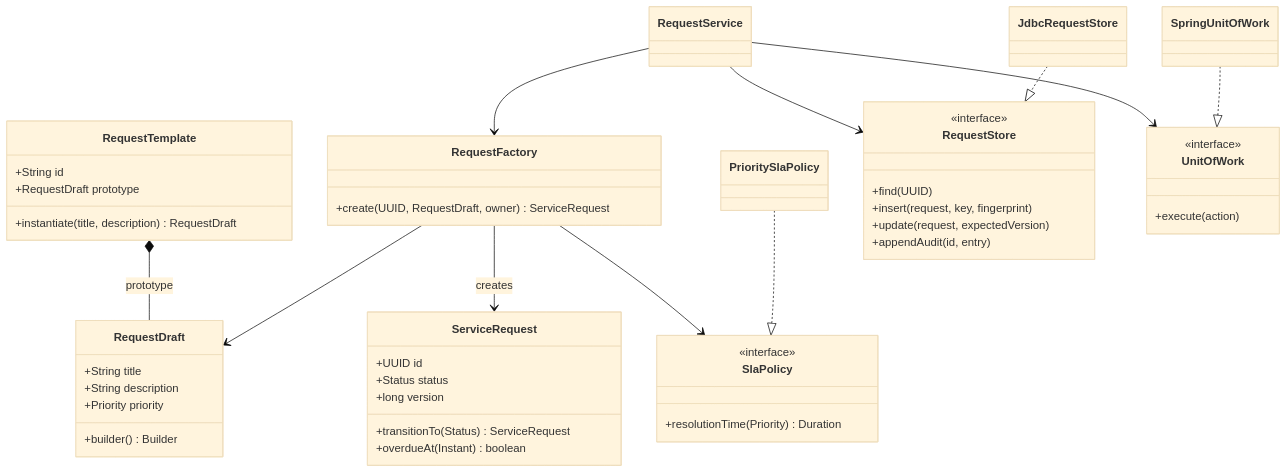
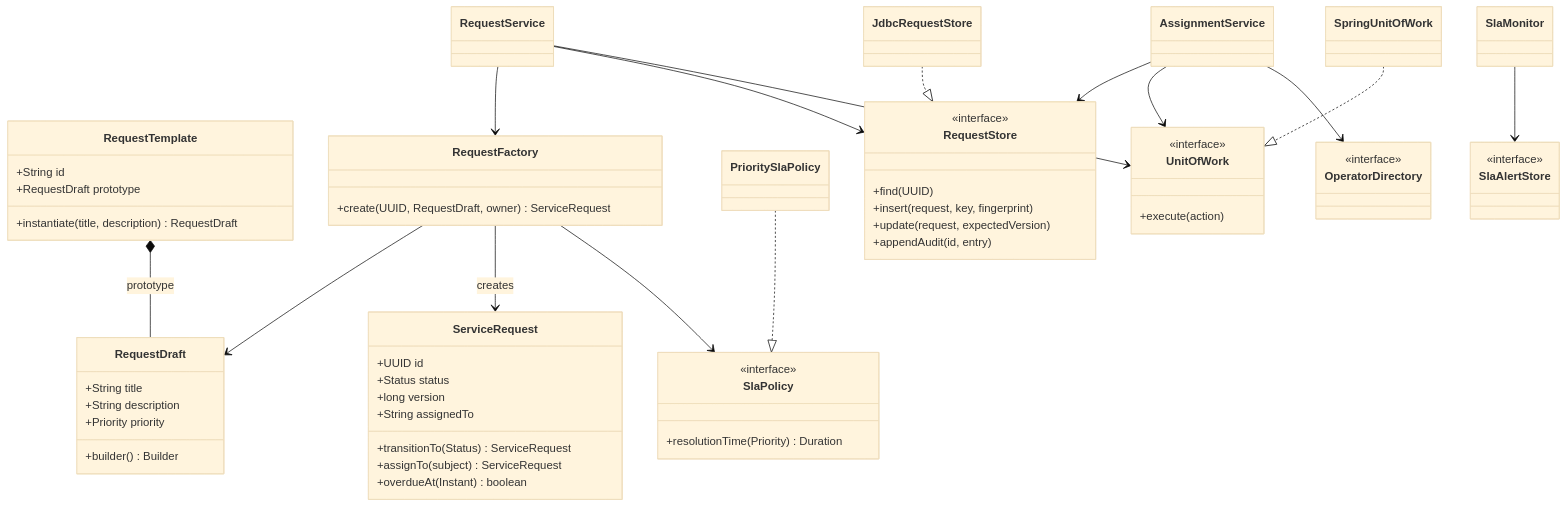
Before and after one commit to jorgefprietol/service-request-platform: the first of 3 diagrams in docs/architecture.md, drawn with Mermaid (base theme). The commit also changed 5 other files, not shown here.

Commit message:
docs: publish architecture and verified delivery evidence [skip ci]

````diff
--- a/docs/architecture.md
+++ b/docs/architecture.md
@@ -19,53 +19,67 @@
 ```mermaid
 classDiagram
     class RequestDraft {
         +String title
         +String description
         +Priority priority
         +builder() Builder
     }
     class RequestTemplate {
         +String id
         +RequestDraft prototype
         +instantiate(title, description) RequestDraft
     }
     class ServiceRequest {
         +UUID id
         +Status status
         +long version
+        +String assignedTo
         +transitionTo(Status) ServiceRequest
+        +assignTo(subject) ServiceRequest
         +overdueAt(Instant) boolean
     }
     class RequestFactory {
         +create(UUID, RequestDraft, owner) ServiceRequest
     }
     class SlaPolicy {
         <<interface>>
         +resolutionTime(Priority) Duration
     }
     class PrioritySlaPolicy
     class RequestStore {
         <<interface>>
         +find(UUID)
         +insert(request, key, fingerprint)
         +update(request, expectedVersion)
         +appendAudit(id, entry)
     }
     class UnitOfWork {
         <<interface>>
         +execute(action)
     }
     class RequestService
+    class AssignmentService
+    class OperatorDirectory {
+        <<interface>>
+    }
+    class SlaAlertStore {
+        <<interface>>
+    }
+    class SlaMonitor
     class JdbcRequestStore
     class SpringUnitOfWork
     RequestTemplate *-- RequestDraft : prototype
     RequestFactory --> RequestDraft
     RequestFactory --> ServiceRequest : creates
     RequestFactory --> SlaPolicy
     PrioritySlaPolicy ..|> SlaPolicy
     RequestService --> RequestFactory
     RequestService --> RequestStore
     RequestService --> UnitOfWork
+    AssignmentService --> RequestStore
+    AssignmentService --> UnitOfWork
+    AssignmentService --> OperatorDirectory
+    SlaMonitor --> SlaAlertStore
     JdbcRequestStore ..|> RequestStore
     SpringUnitOfWork ..|> UnitOfWork
 ```
````
